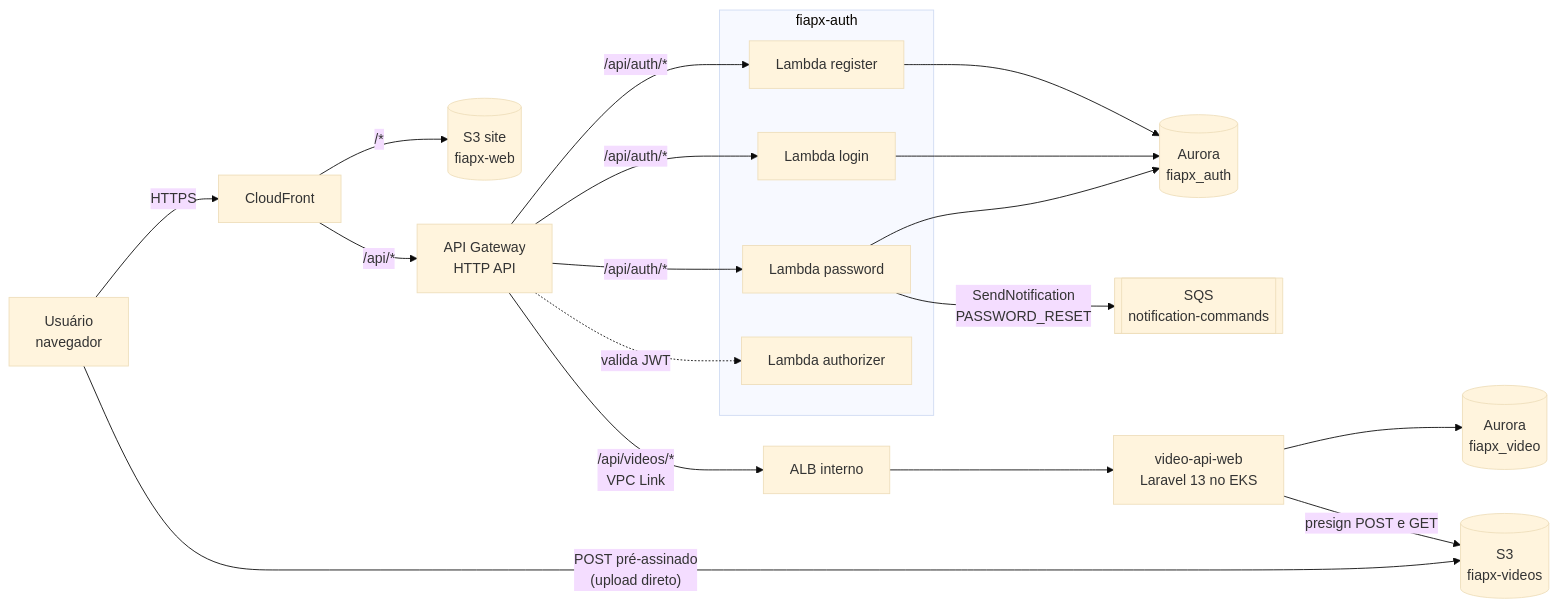
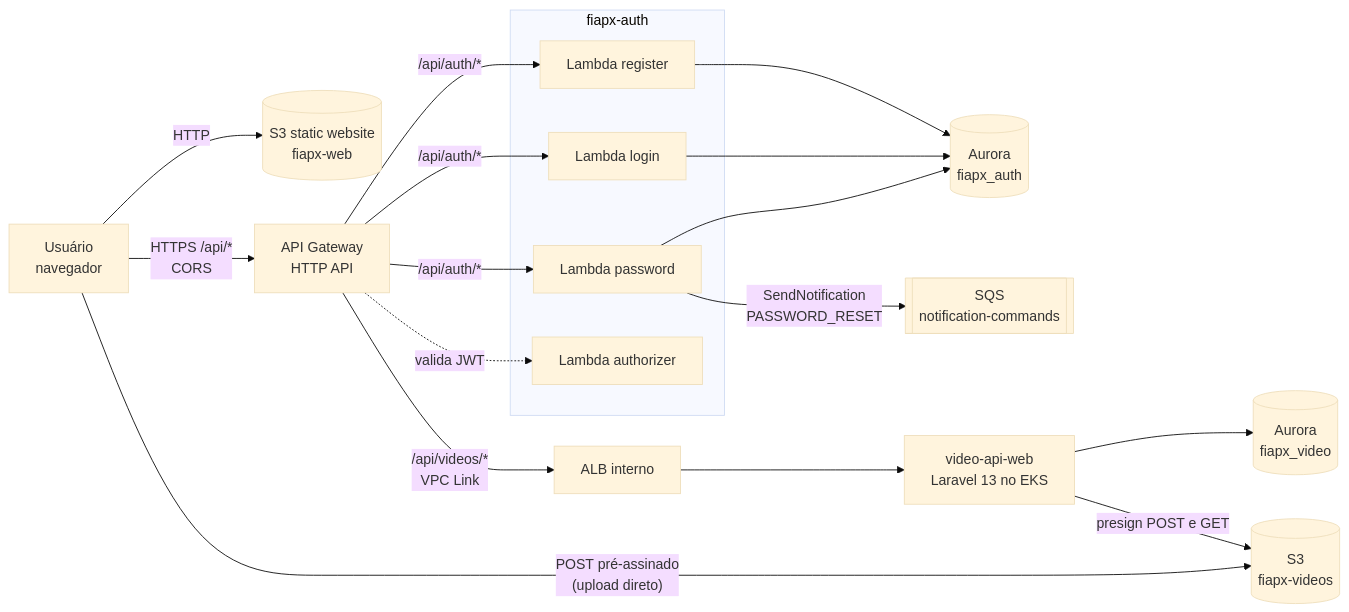
One commit to hackathon-fiap-soat/fiapx-docs changed the first of 2 diagrams in 03-arquitetura/c4-containers.md. Above: the diagram before and after it, drawn with Mermaid (base theme). The commit also changed other lines of this file and 59 other files, not shown here.

````diff
--- a/03-arquitetura/c4-containers.md
+++ b/03-arquitetura/c4-containers.md
@@ -8,24 +8,23 @@
 ```mermaid
 flowchart LR
-  U["Usuário<br/>navegador"] -->|HTTPS| CF["CloudFront"]
-  CF -->|"/*"| WEB[("S3 site<br/>fiapx-web")]
-  CF -->|"/api/*"| APIGW["API Gateway<br/>HTTP API"]
+  U["Usuário<br/>navegador"] -->|"HTTP"| WEB[("S3 static website<br/>fiapx-web")]
+  U -->|"HTTPS /api/*<br/>CORS"| APIGW["API Gateway<br/>HTTP API"]
   U -->|"POST pré-assinado<br/>(upload direto)"| S3[("S3<br/>fiapx-videos")]
 
   subgraph Auth["fiapx-auth"]
     LREG["Lambda register"]
     LLOGIN["Lambda login"]
     LPASS["Lambda password"]
     LAUTHZ["Lambda authorizer"]
   end
 
   APIGW -->|"/api/auth/*"| LREG & LLOGIN & LPASS
   APIGW -. "valida JWT" .-> LAUTHZ
   LREG & LLOGIN & LPASS --> AURORA_AUTH[("Aurora<br/>fiapx_auth")]
   LPASS -->|"SendNotification<br/>PASSWORD_RESET"| Q_NOTIF[["SQS<br/>notification-commands"]]
 
   APIGW -->|"/api/videos/*<br/>VPC Link"| ALB["ALB interno"]
   ALB --> API["video-api-web<br/>Laravel 13 no EKS"]
   API --> AURORA_VIDEO[("Aurora<br/>fiapx_video")]
   API -->|"presign POST e GET"| S3
 ```
````
